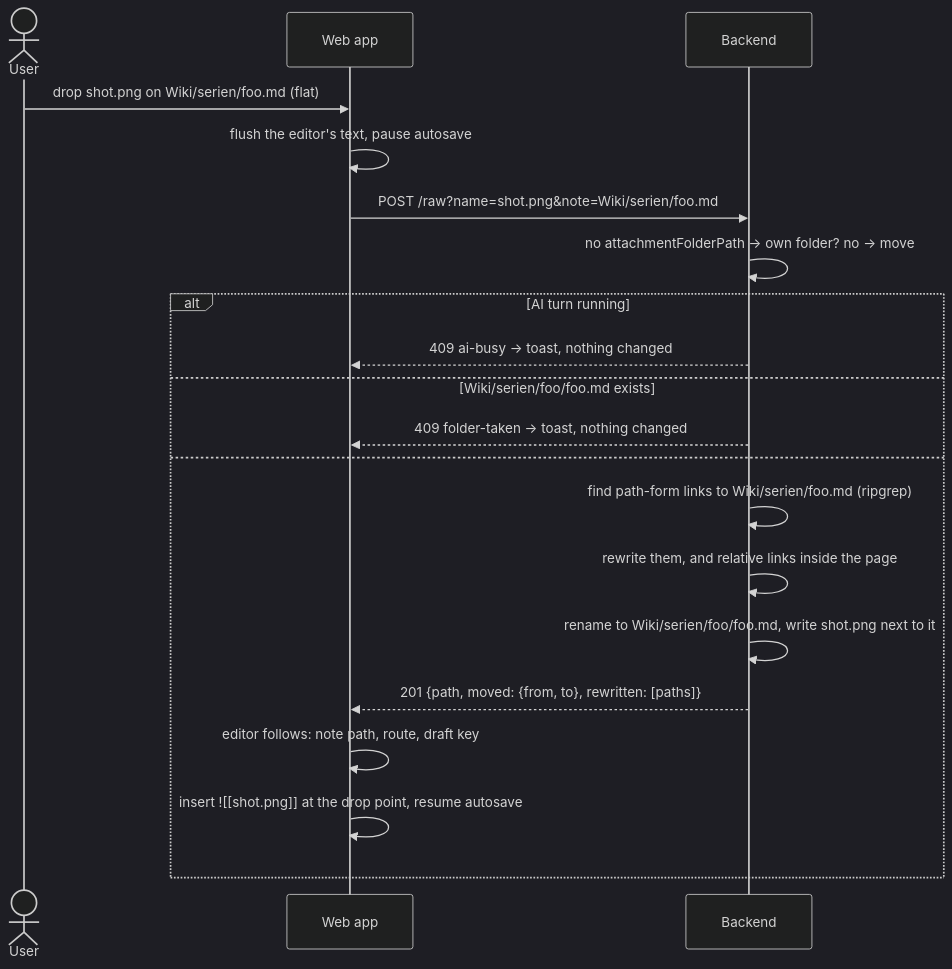
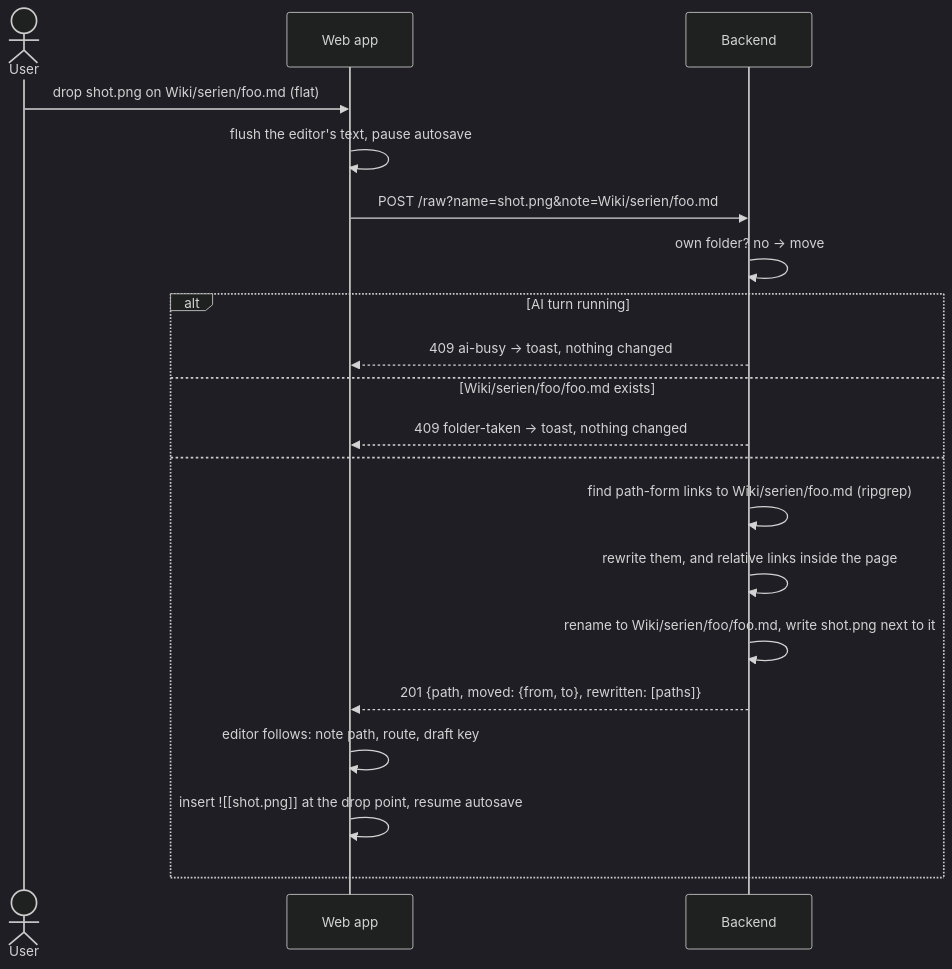
One commit to tillg/karpathy.app changed the second of 4 diagrams in specs/changes/attachments/domain.md. Above: the diagram before and after it, drawn with Mermaid (dark theme). The commit also changed other lines of this file and 3 other files, not shown here.

````diff
--- a/specs/changes/attachments/domain.md
+++ b/specs/changes/attachments/domain.md
@@ -79,22 +67,22 @@
 ```mermaid
 sequenceDiagram
     actor U as User
     participant W as Web app
     participant B as Backend
     U->>W: drop shot.png on Wiki/serien/foo.md (flat)
     W->>W: flush the editor's text, pause autosave
     W->>B: POST /raw?name=shot.png&note=Wiki/serien/foo.md
-    B->>B: no attachmentFolderPath → own folder? no → move
+    B->>B: own folder? no → move
     alt AI turn running
       B-->>W: 409 ai-busy → toast, nothing changed
     else Wiki/serien/foo/foo.md exists
       B-->>W: 409 folder-taken → toast, nothing changed
     else
       B->>B: find path-form links to Wiki/serien/foo.md (ripgrep)
       B->>B: rewrite them, and relative links inside the page
       B->>B: rename to Wiki/serien/foo/foo.md, write shot.png next to it
       B-->>W: 201 {path, moved: {from, to}, rewritten: [paths]}
       W->>W: editor follows: note path, route, draft key
       W->>W: insert ![[shot.png]] at the drop point, resume autosave
     end
 ```
````
